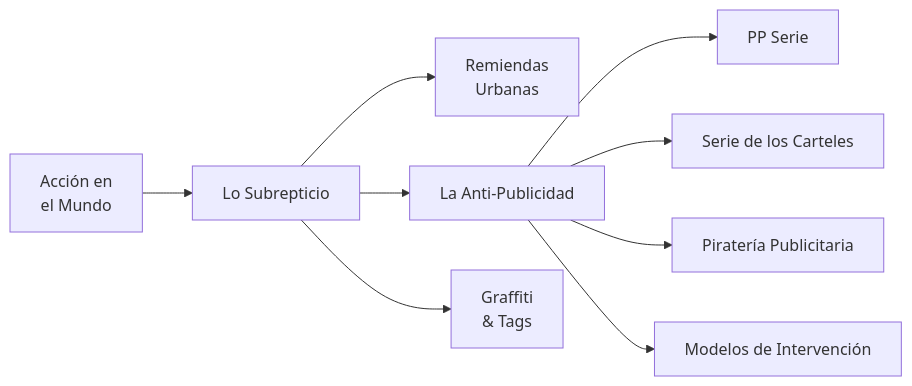
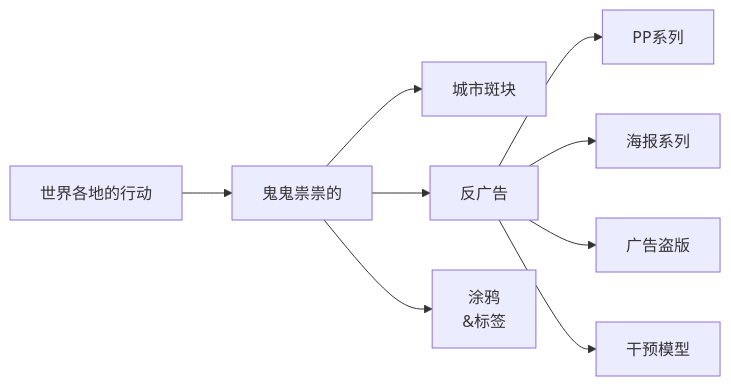
Before and after one commit to EGGS-Artesvisuales/EGGS-Artesvisuales.github.io: the diagram in CHN/subrep-antipublicidad.md, drawn with Mermaid. The commit also changed other lines of this file and 43 other files, not shown here.

```diff
--- a/CHN/subrep-antipublicidad.md
+++ b/CHN/subrep-antipublicidad.md
@@ -30,27 +30,27 @@
 <div class="mermaid">
 graph LR
-  B[Acción en\n el Mundo]
-  B --> B1[Lo Subrepticio]
-  B1 --> B1a[Remiendas\n Urbanas]
-  B1 --> B1b[La Anti-Publicidad]
-  B1 --> B1c[Graffiti \n&amp; Tags]
+  B[世界各地的行动]
+  B --> B1[鬼鬼祟祟的]
+  B1 --> B1a[城市斑块]
+  B1 --> B1b[反广告]
+  B1 --> B1c[涂鸦\n&标签]
 
   %% Hijos de La Anti-Publicidad
-  B1b --> B1b1[PP Serie]
-  B1b --> B1b2[Serie de los Carteles]
-  B1b --> B1b3[Piratería Publicitaria]
-  B1b --> B1b4[Modelos de Intervención]
+  B1b --> B1b1[PP系列]
+  B1b --> B1b2[海报系列]
+  B1b --> B1b3[广告盗版]
+  B1b --> B1b4[干预模型]
 
   %% Enlaces padres
-  click B "/CHN/accion.html" "Ir a Acción en el Mundo"
-  click B1 "/CHN/subrepticio.html" "Ir a Lo Subrepticio"
-  click B1a "/CHN/subrep-remiendas-urbanas.html" "Ir a Remiendas Urbanas"
-  click B1b "/CHN/subrep-antipublicidad.html" "Ir a La Anti-Publicidad"
-  click B1c "/CHN/subrep-graffiti.html" "Ir a Graffiti &amp; Tags"
+  click B "/CHN/accion.html" "前往世界各地行动"
+  click B1 "/CHN/subrepticio.html" "前往隐秘之地"
+  click B1a "/CHN/subrep-remiendas-urbanas.html" "前往城市补丁"
+  click B1b "/CHN/subrep-antipublicidad.html" "前往反广告"
+  click B1c "/CHN/subrep-graffiti.html" "转到涂鸦和标签"
 
   %% Enlaces hijos desarrollados
-  click B1b1 "/CHN/en-construccion.html" "Ir a PP Serie"
-  click B1b2 "/CHN/en-construccion.html" "Ir a Serie de los Carteles"
-  click B1b3 "/CHN/en-construccion.html" "Ir a Piratería Publicitaria"
-  click B1b4 "/CHN/en-construccion.html" "Ir a Modelos de Intervención"
+  click B1b1 "/CHN/en-construccion.html" "前往PP系列"
+  click B1b2 "/CHN/en-construccion.html" "前往海报系列"
+  click B1b3 "/CHN/en-construccion.html" "前往广告盗版"
+  click B1b4 "/CHN/en-construccion.html" "前往干预模型"
 </div>
```
